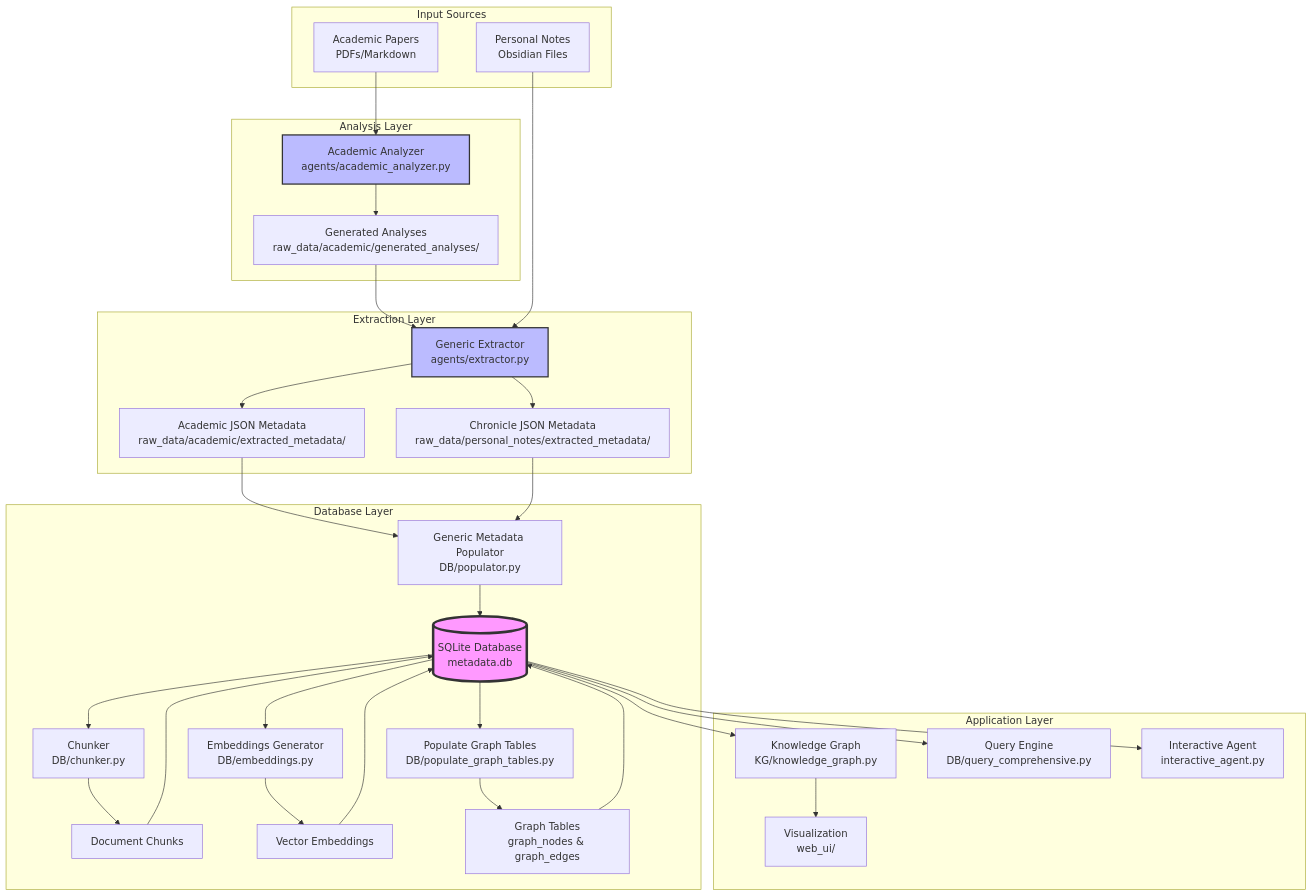
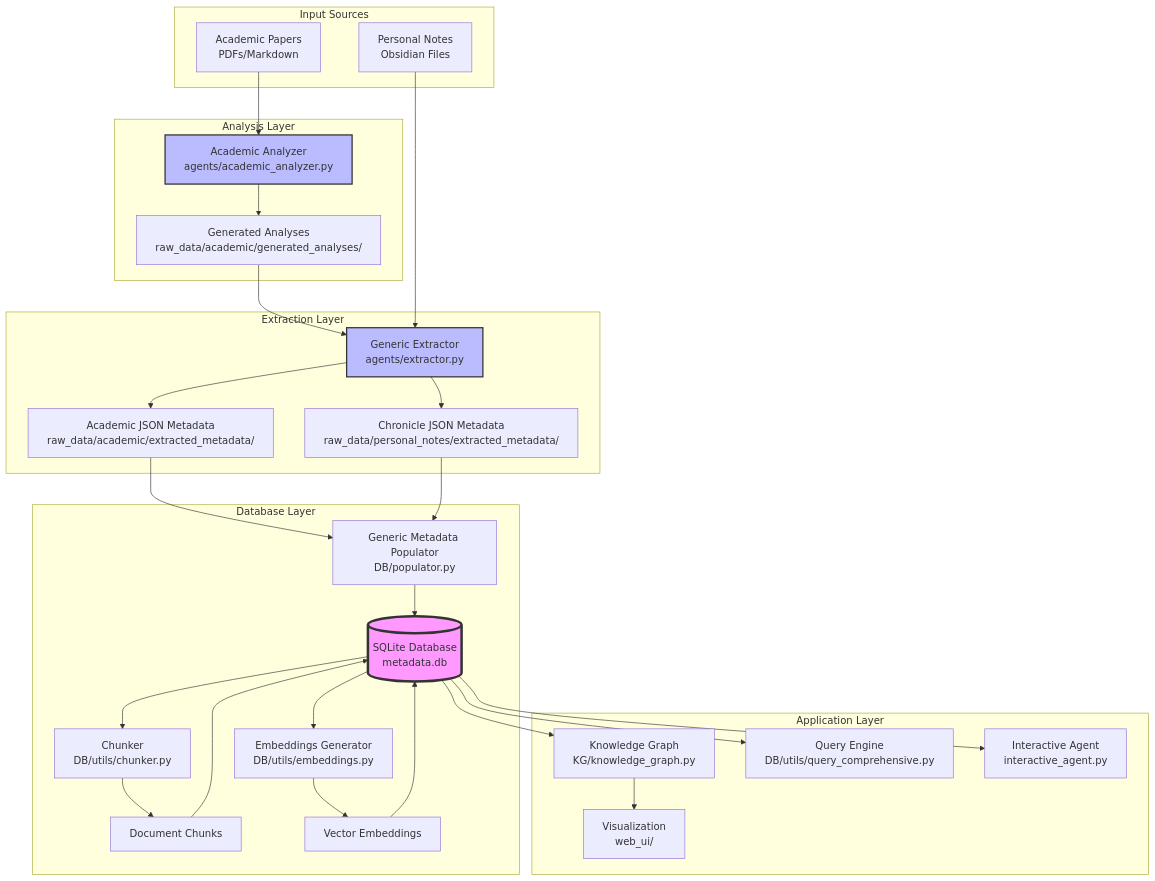
Before and after one commit to artnoage/interactive_cv: the diagram in DB/README.md, drawn with Mermaid. The commit also changed other lines of this file and 24 other files, not shown here.

````diff
--- a/DB/README.md
+++ b/DB/README.md
@@ -19,51 +19,47 @@
 ```mermaid
 graph TB
     subgraph "Input Sources"
         AP[Academic Papers<br/>PDFs/Markdown]
         PN[Personal Notes<br/>Obsidian Files]
     end
     
     subgraph "Analysis Layer"
         AA[Academic Analyzer<br/>agents/academic_analyzer.py]
         AP --> AA
         AA --> GA[Generated Analyses<br/>raw_data/academic/generated_analyses/]
     end
     
     subgraph "Extraction Layer"
         EXT[Generic Extractor<br/>agents/extractor.py]
         GA --> EXT
         PN --> EXT
         EXT --> AJ[Academic JSON Metadata<br/>raw_data/academic/extracted_metadata/]
         EXT --> CJ[Chronicle JSON Metadata<br/>raw_data/personal_notes/extracted_metadata/]
     end
     
     subgraph "Database Layer"
         UP[Generic Metadata Populator<br/>DB/populator.py]
         AJ --> UP
         CJ --> UP
         UP --> DB[(SQLite Database<br/>metadata.db)]
         
-        DB --> CH[Chunker<br/>DB/chunker.py]
+        DB --> CH[Chunker<br/>DB/utils/chunker.py]
         CH --> DC[Document Chunks]
         DC --> DB
         
-        DB --> EMB[Embeddings Generator<br/>DB/embeddings.py]
+        DB --> EMB[Embeddings Generator<br/>DB/utils/embeddings.py]
         EMB --> VE[Vector Embeddings]
         VE --> DB
-        
-        DB --> PGT[Populate Graph Tables<br/>DB/populate_graph_tables.py]
-        PGT --> GT[Graph Tables<br/>graph_nodes & graph_edges]
-        GT --> DB
     end
     
     subgraph "Application Layer"
         DB --> KG[Knowledge Graph<br/>KG/knowledge_graph.py]
-        DB --> QE[Query Engine<br/>DB/query_comprehensive.py]
+        DB --> QE[Query Engine<br/>DB/utils/query_comprehensive.py]
         DB --> IA[Interactive Agent<br/>interactive_agent.py]
         KG --> VIS[Visualization<br/>web_ui/]
     end
     
     style DB fill:#f9f,stroke:#333,stroke-width:4px
     style AA fill:#bbf,stroke:#333,stroke-width:2px
     style EXT fill:#bbf,stroke:#333,stroke-width:2px
 ```
````
